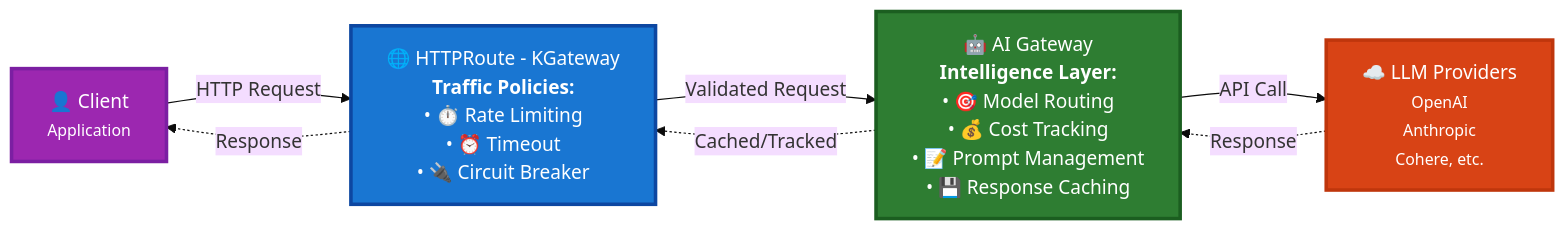
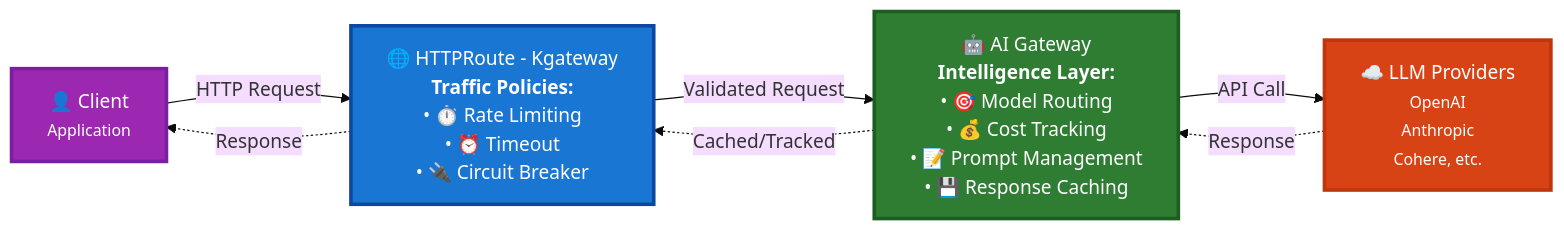
Before and after one commit to isItObservable/servicemeshsecuritybenchmark: diagram 11 of 11 in docs/workshop.md, drawn with Mermaid (base theme). The commit also changed other lines of this file, not shown here.

Commit message:
update on the docs adding the kgateway slack channel

````diff
--- a/docs/workshop.md
+++ b/docs/workshop.md
@@ -1678,22 +1678,22 @@
 ```mermaid
 flowchart LR
     Client["👤 Client<br/><small>Application</small>"]
     
-    Gateway["🌐 HTTPRoute - KGateway<br/><b>Traffic Policies:</b><br/>• ⏱️ Rate Limiting<br/>• ⏰ Timeout<br/>• 🔌 Circuit Breaker"]
+    Gateway["🌐 HTTPRoute - Kgateway<br/><b>Traffic Policies:</b><br/>• ⏱️ Rate Limiting<br/>• ⏰ Timeout<br/>• 🔌 Circuit Breaker"]
     
     AI["🤖 AI Gateway<br/><b>Intelligence Layer:</b><br/>• 🎯 Model Routing<br/>• 💰 Cost Tracking<br/>• 📝 Prompt Management<br/>• 💾 Response Caching"]
     
     LLM["☁️ LLM Providers<br/><small>OpenAI<br/>Anthropic<br/>Cohere, etc.</small>"]
     
     Client -->|HTTP Request| Gateway
     Gateway -->|Validated Request| AI
     AI -->|API Call| LLM
     LLM -.->|Response| AI
     AI -.->|Cached/Tracked| Gateway
     Gateway -.->|Response| Client
     
     style Client fill:#9c27b0,stroke:#7b1fa2,stroke-width:3px,color:#fff
     style Gateway fill:#1976d2,stroke:#0d47a1,stroke-width:3px,color:#fff
     style AI fill:#2e7d32,stroke:#1b5e20,stroke-width:3px,color:#fff
     style LLM fill:#d84315,stroke:#bf360c,stroke-width:3px,color:#fff
 ```
````
